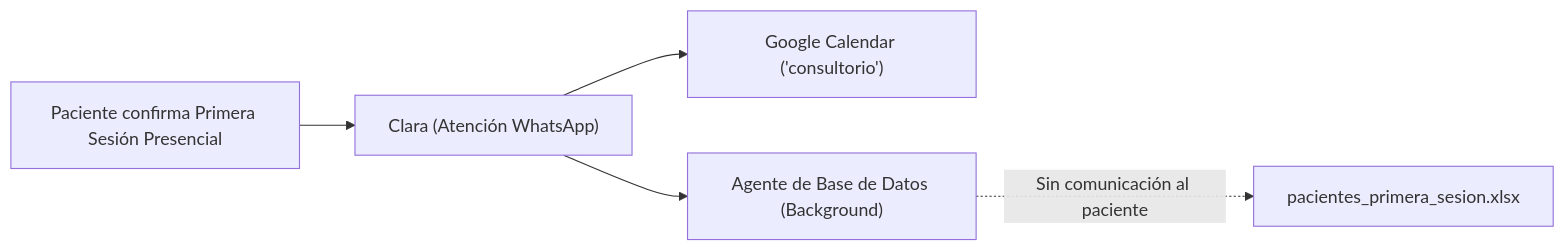
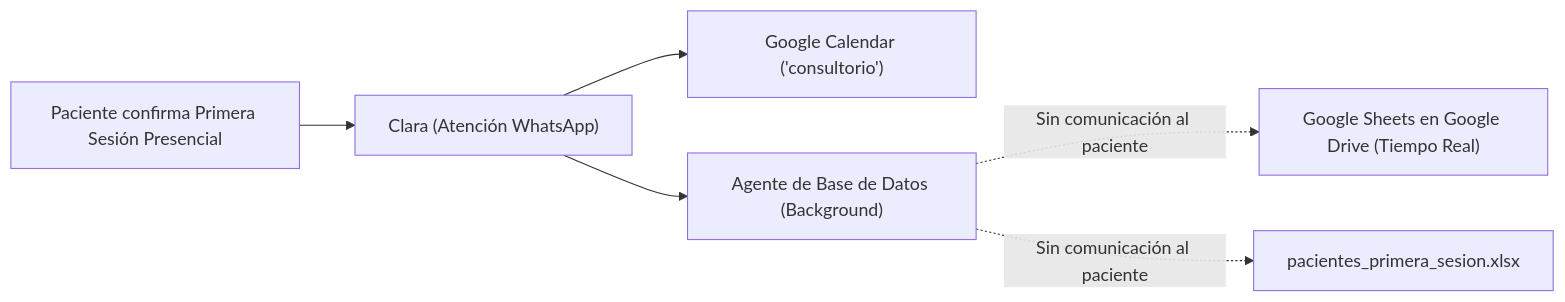
The second of 2 diagrams in docs/manual-clara.md (MartinBrude/kinesica), drawn with Mermaid before and after one commit. The commit also changed other lines of this file and 2 other files, not shown here.

Commit message:
feat: integracion en tiempo real con Google Sheets en Google Drive via Apps Script Webhook

````diff
--- a/docs/manual-clara.md
+++ b/docs/manual-clara.md
@@ -209,7 +209,8 @@
 ```mermaid
 flowchart LR
     A["Paciente confirma Primera Sesión Presencial"] --> B["Clara (Atención WhatsApp)"]
     B --> C["Google Calendar ('consultorio')"]
     B --> D["Agente de Base de Datos (Background)"]
-    D -.->|Sin comunicación al paciente| E["pacientes_primera_sesion.xlsx"]
+    D -.->|Sin comunicación al paciente| E["Google Sheets en Google Drive (Tiempo Real)"]
+    D -.->|Sin comunicación al paciente| F["pacientes_primera_sesion.xlsx"]
 ```
````
